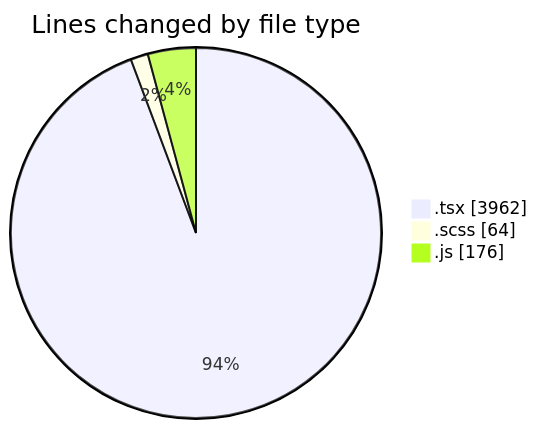
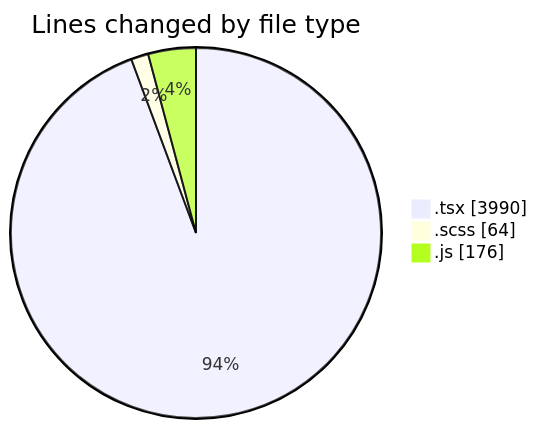
One commit to momahboobian/code-tracking changed the first of 2 diagrams in 2025-06-16/cda/README.md. Above: the diagram before and after it, drawn with Mermaid. The commit also changed other lines of this file and 1 other file, not shown here.

````diff
--- a/2025-06-16/cda/README.md
+++ b/2025-06-16/cda/README.md
@@ -35,7 +35,7 @@
 ```mermaid
 pie showData
 title Lines changed by file type
-".tsx" : 3962
+".tsx" : 3990
 ".scss" : 64
 ".js" : 176
 ```
````
